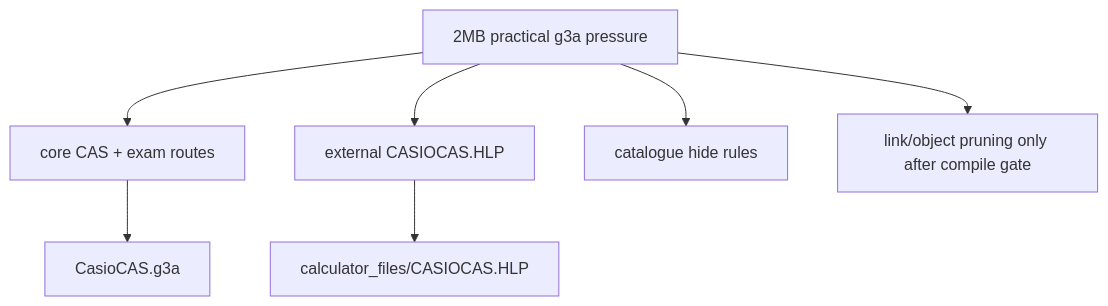
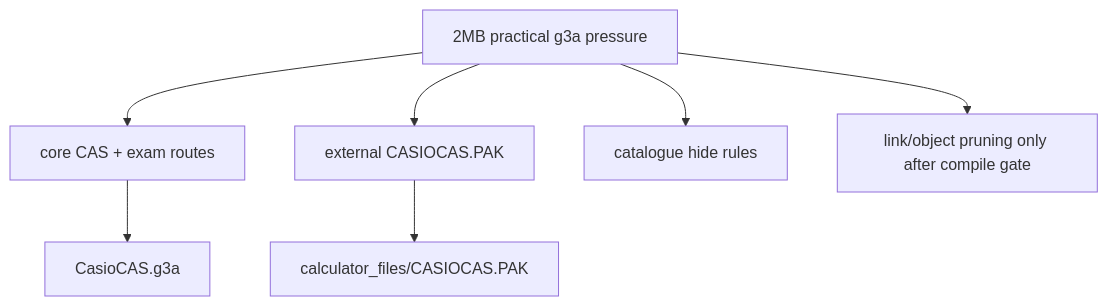
Before and after one commit to james8464/notes-addin-casio-fx-cg50: the seventh of 8 diagrams in c++/GRAPH.md, drawn with Mermaid. The commit also changed other lines of this file and 7 other files, not shown here.

````diff
--- a/c++/GRAPH.md
+++ b/c++/GRAPH.md
@@ -164,9 +167,9 @@
 ```mermaid
 graph TD
   ROM["2MB practical g3a pressure"] --> Keep["core CAS + exam routes"]
-  ROM --> Offload["external CASIOCAS.HLP"]
+  ROM --> Offload["external CASIOCAS.PAK"]
   ROM --> Hide["catalogue hide rules"]
   ROM --> Prune["link/object pruning only after compile gate"]
   Keep --> Calc["CasioCAS.g3a"]
-  Offload --> Files["calculator_files/CASIOCAS.HLP"]
+  Offload --> Files["calculator_files/CASIOCAS.PAK"]
 ```
````
